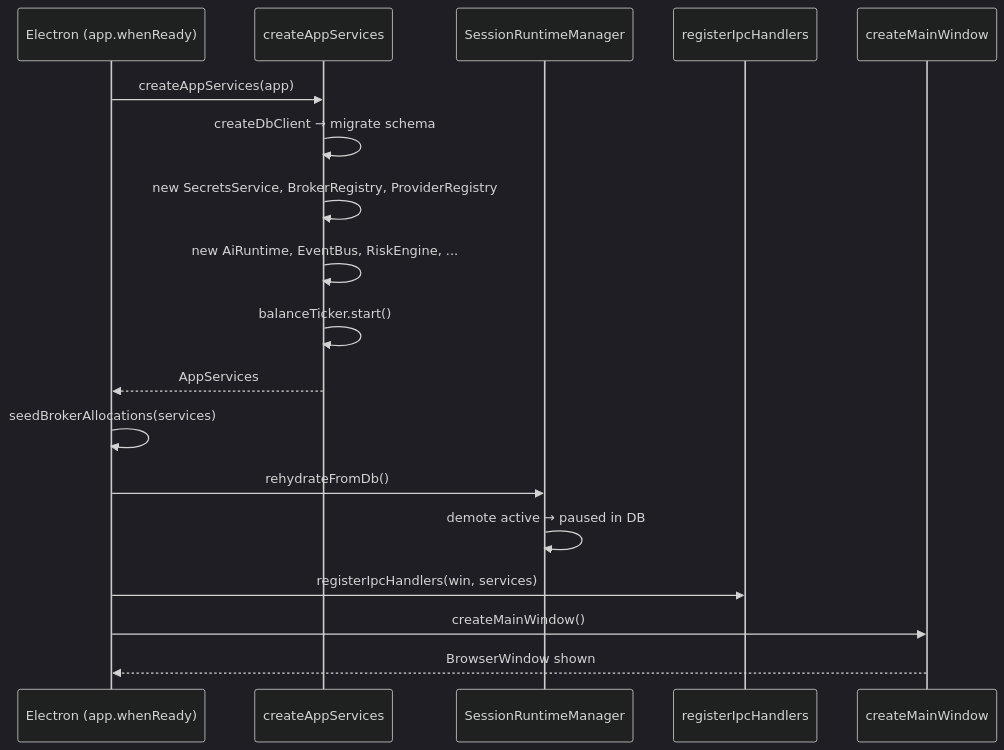
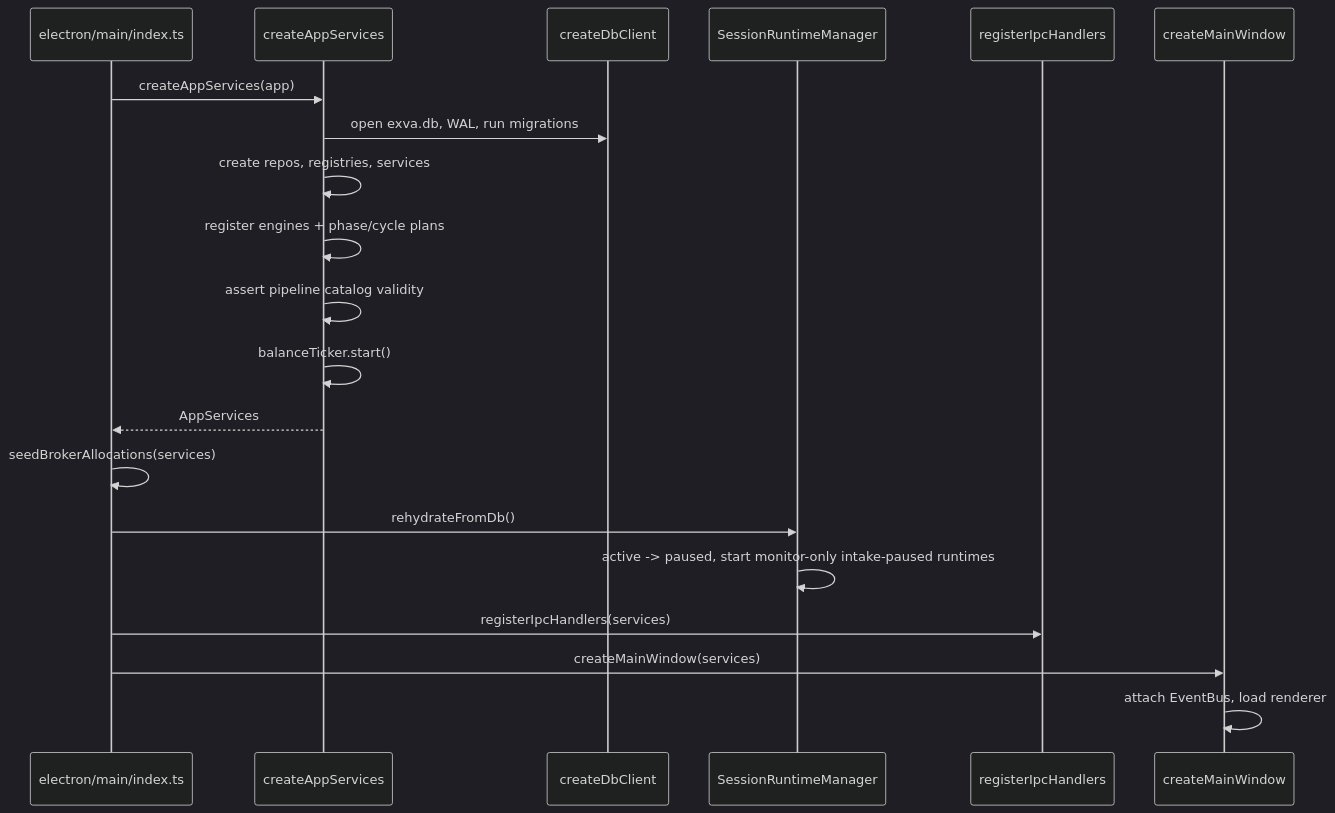
The fourth of 16 diagrams in docs/architecture/ai-runtime.md (KennethAtchon/Exva), drawn with Mermaid (dark theme) before and after one commit. The commit also changed other lines of this file and 42 other files, not shown here.

````diff
--- a/docs/architecture/ai-runtime.md
+++ b/docs/architecture/ai-runtime.md
@@ -214,21 +187,23 @@
 ```mermaid
 sequenceDiagram
-    participant Electron as Electron (app.whenReady)
+    participant Main as electron/main/index.ts
     participant AS as createAppServices
-    participant SM as SessionRuntimeManager
+    participant DB as createDbClient
+    participant SRM as SessionRuntimeManager
     participant IPC as registerIpcHandlers
     participant Win as createMainWindow
 
-    Electron->>AS: createAppServices(app)
-    AS->>AS: createDbClient → migrate schema
-    AS->>AS: new SecretsService, BrokerRegistry, ProviderRegistry
-    AS->>AS: new AiRuntime, EventBus, RiskEngine, ...
+    Main->>AS: createAppServices(app)
+    AS->>DB: open exva.db, WAL, run migrations
+    AS->>AS: create repos, registries, services
+    AS->>AS: register engines + phase/cycle plans
+    AS->>AS: assert pipeline catalog validity
     AS->>AS: balanceTicker.start()
-    AS-->>Electron: AppServices
-    Electron->>Electron: seedBrokerAllocations(services)
-    Electron->>SM: rehydrateFromDb()
-    SM->>SM: demote active → paused in DB
-    Electron->>IPC: registerIpcHandlers(win, services)
-    Electron->>Win: createMainWindow()
-    Win-->>Electron: BrowserWindow shown
+    AS-->>Main: AppServices
+    Main->>Main: seedBrokerAllocations(services)
+    Main->>SRM: rehydrateFromDb()
+    SRM->>SRM: active -> paused, start monitor-only intake-paused runtimes
+    Main->>IPC: registerIpcHandlers(services)
+    Main->>Win: createMainWindow(services)
+    Win->>Win: attach EventBus, load renderer
 ```
````
